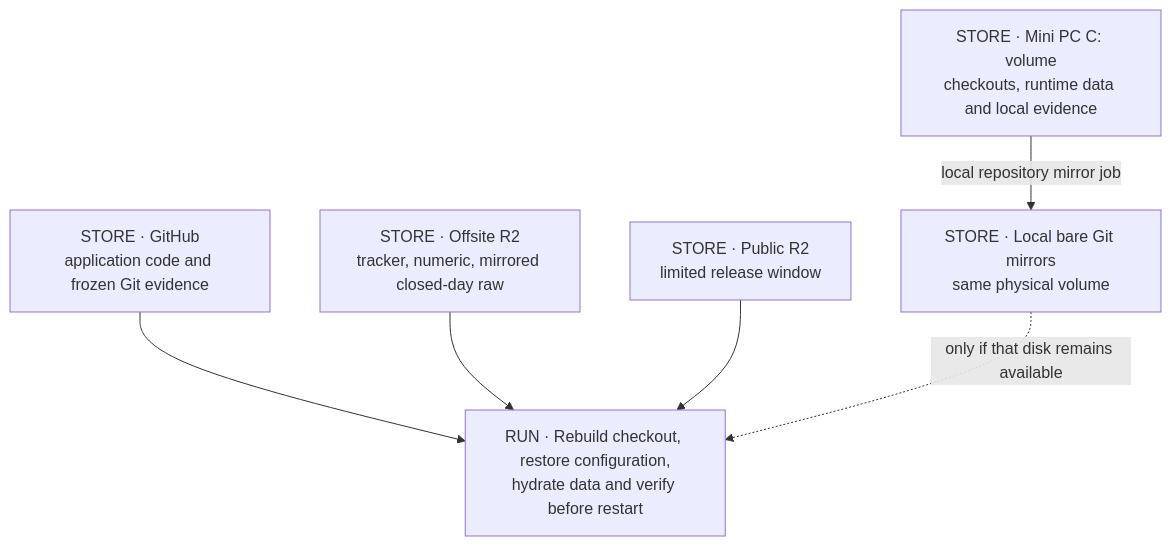
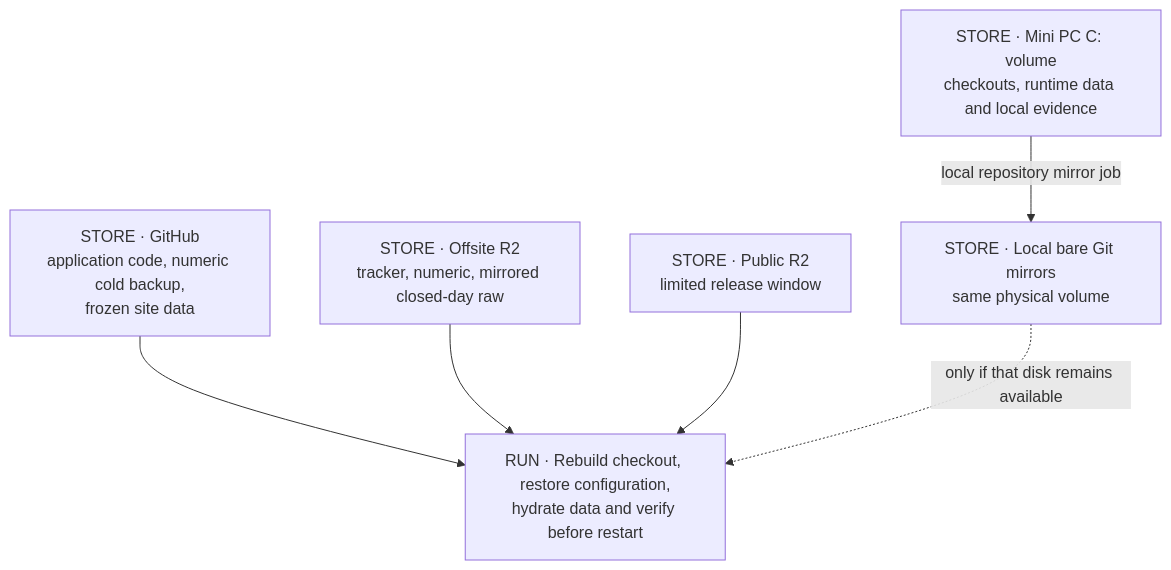
The third of 3 diagrams in atlas/ARCHIVES.md (raymdl/kdm-bf6-rankings), drawn with Mermaid before and after one commit. The commit also changed other lines of this file and 10 other files, not shown here.

````diff
--- a/atlas/ARCHIVES.md
+++ b/atlas/ARCHIVES.md
@@ -83,14 +89,14 @@
 ```mermaid
 flowchart TB
   DISK["STORE · Mini PC C: volume<br/>checkouts, runtime data and local evidence"]
   MIRROR["STORE · Local bare Git mirrors<br/>same physical volume"]
-  GIT["STORE · GitHub<br/>application code and frozen Git evidence"]
+  GIT["STORE · GitHub<br/>application code, numeric cold backup,<br/>frozen site data"]
   R2["STORE · Offsite R2<br/>tracker, numeric, mirrored closed-day raw"]
   PUB["STORE · Public R2<br/>limited release window"]
   RESTORE["RUN · Rebuild checkout, restore configuration,<br/>hydrate data and verify before restart"]
   DISK -->|"local repository mirror job"| MIRROR
   GIT --> RESTORE
   R2 --> RESTORE
   PUB --> RESTORE
   MIRROR -.->|"only if that disk remains available"| RESTORE
 ```
````
